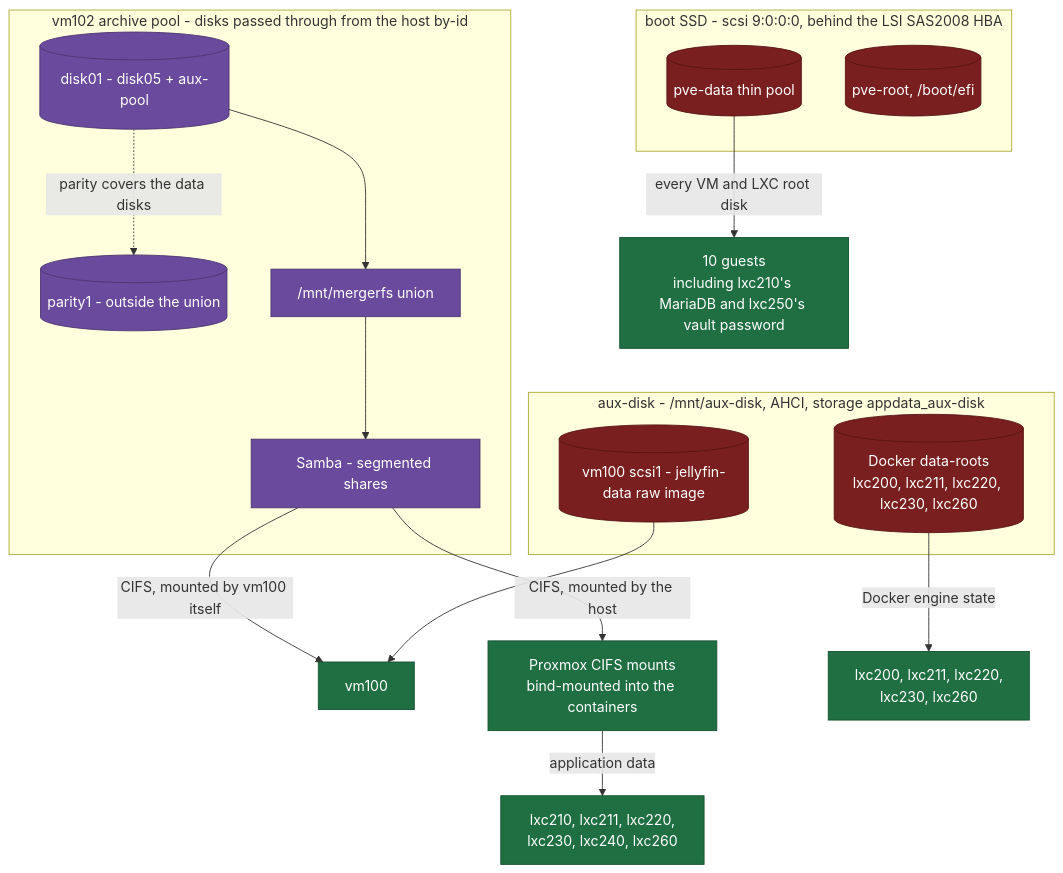
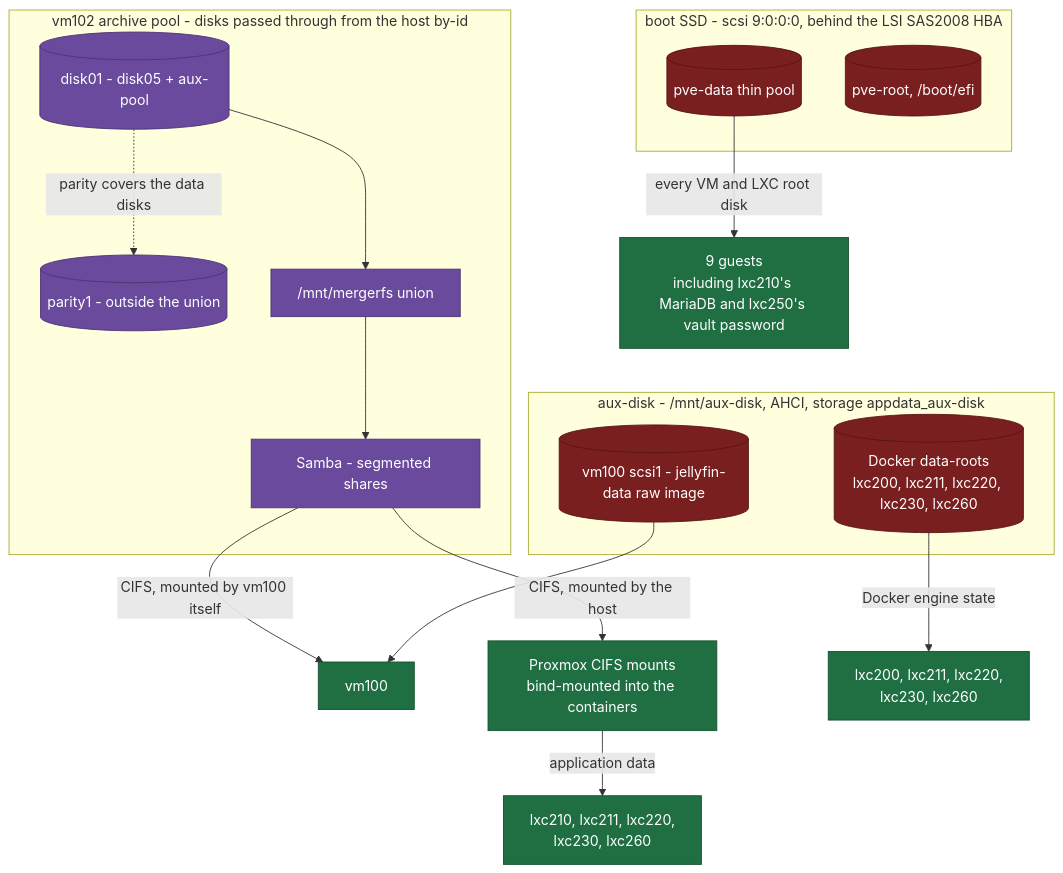
The third of 4 diagrams in docs/architecture/diagram.md (sohanreddyk/homelab-server-architecture), drawn with Mermaid before and after one commit. The commit also changed other lines of this file and 12 other files, not shown here.

First line of the commit message:
docs(platform): bring diagrams and overviews to the measured state

````diff
--- a/docs/architecture/diagram.md
+++ b/docs/architecture/diagram.md
@@ -148,39 +150,39 @@
 ```mermaid
 flowchart TB
   accTitle: The three storage layers of the platform
   accDescr: Boot SSD thin pool with all guest root disks, aux-disk with Docker data roots, and the vm102 archive pool with parity, showing which consumer uses which.
 
   subgraph boot["boot SSD - scsi 9:0:0:0, behind the LSI SAS2008 HBA"]
     THIN[("pve-data thin pool")]
     PVEROOT[("pve-root, /boot/efi")]
   end
 
   subgraph aux["aux-disk - /mnt/aux-disk, AHCI, storage appdata_aux-disk"]
     DOCKERROOTS[("Docker data-roots<br/>lxc200, lxc211, lxc220, lxc230, lxc260")]
     JELLYRAW[("vm100 scsi1 - jellyfin-data raw image")]
   end
 
   subgraph pool["vm102 archive pool - disks passed through from the host by-id"]
     DISKS[("disk01 - disk05 + aux-pool")]
     PARITY[("parity1 - outside the union")]
     MERGER["/mnt/mergerfs union"]
     SAMBA["Samba - segmented shares"]
   end
 
-  THIN -->|"every VM and LXC root disk"| GUESTS["10 guests<br/>including lxc210's MariaDB and lxc250's vault password"]
+  THIN -->|"every VM and LXC root disk"| GUESTS["9 guests<br/>including lxc210's MariaDB and lxc250's vault password"]
   DISKS --> MERGER
   DISKS -.->|"parity covers the data disks"| PARITY
   MERGER --> SAMBA
   SAMBA -->|"CIFS, mounted by vm100 itself"| VM100["vm100"]
   SAMBA -->|"CIFS, mounted by the host"| HOSTCIFS["Proxmox CIFS mounts<br/>bind-mounted into the containers"]
-  HOSTCIFS -->|"application data"| CIFSLXC["lxc210, lxc211, lxc220,<br/>lxc230, lxc240, lxc260"]
+  HOSTCIFS -->|"application data"| CIFSLXC["lxc210, lxc211, lxc220,<br/>lxc230, lxc260"]
   DOCKERROOTS -->|"Docker engine state"| DOCKERLXC["lxc200, lxc211, lxc220,<br/>lxc230, lxc260"]
   JELLYRAW --> VM100
 
   classDef sick fill:#7a1f1f,stroke:#571414,color:#ffffff
   classDef ok fill:#6a4a9c,stroke:#4c3570,color:#ffffff
   classDef consumer fill:#1f6f43,stroke:#14512f,color:#ffffff
   class THIN,PVEROOT,DOCKERROOTS,JELLYRAW sick
   class DISKS,PARITY,MERGER,SAMBA ok
   class GUESTS,VM100,CIFSLXC,DOCKERLXC,HOSTCIFS consumer
 ```
````
